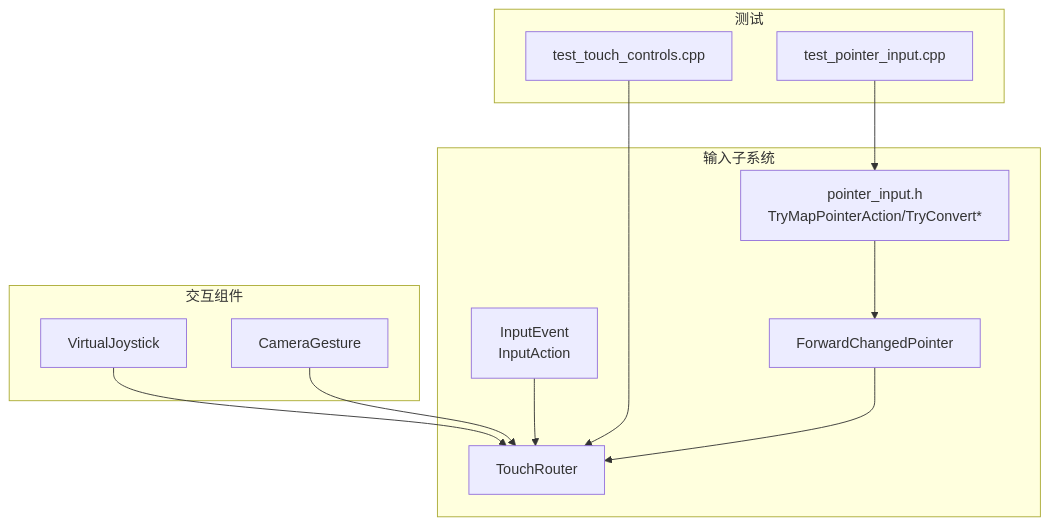
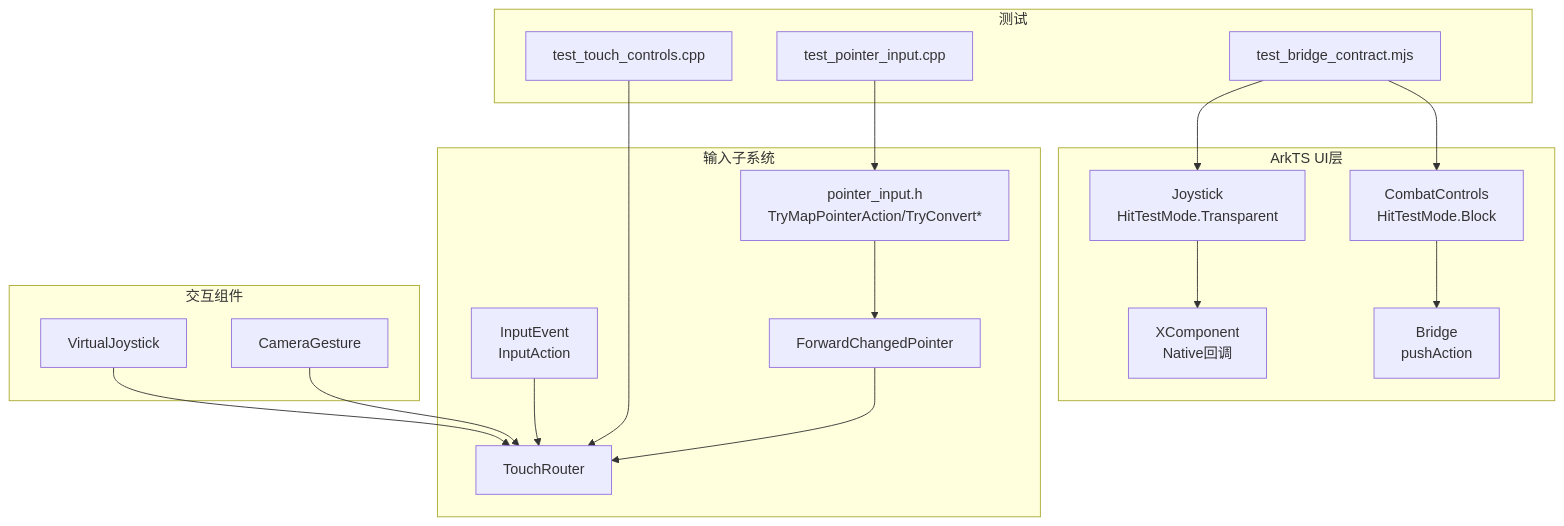
The first of 6 diagrams in .qoder/repowiki/zh/content/输入处理系统/触摸路由系统.md (sj123sheng/my-world), drawn with Mermaid before and after one commit. The commit also changed other lines of this file and 28 other files, not shown here.

````diff
--- a/.qoder/repowiki/zh/content/输入处理系统/触摸路由系统.md
+++ b/.qoder/repowiki/zh/content/输入处理系统/触摸路由系统.md
@@ -40,18 +57,25 @@
 ```mermaid
 graph TB
+subgraph "ArkTS UI层"
+JC["Joystick<br/>HitTestMode.Transparent"] --> XComp["XComponent<br/>Native回调"]
+CC["CombatControls<br/>HitTestMode.Block"] --> Bridge["Bridge<br/>pushAction"]
+end
 subgraph "输入子系统"
 IE["InputEvent<br/>InputAction"] --> TR["TouchRouter"]
 PI["pointer_input.h<br/>TryMapPointerAction/TryConvert*"] --> CF["ForwardChangedPointer"]
 CF --> TR
 end
 subgraph "交互组件"
 VJ["VirtualJoystick"] --> TR
 CG["CameraGesture"] --> TR
 end
 subgraph "测试"
 T1["test_touch_controls.cpp"]
 T2["test_pointer_input.cpp"]
+T3["test_bridge_contract.mjs"]
 end
 T1 --> TR
 T2 --> PI
+T3 --> JC
+T3 --> CC
 ```
````
